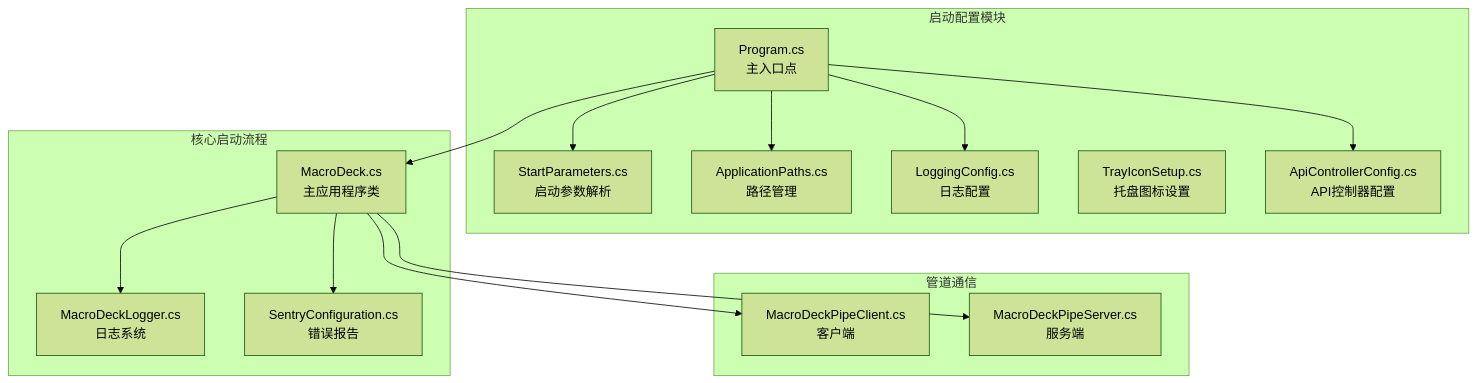
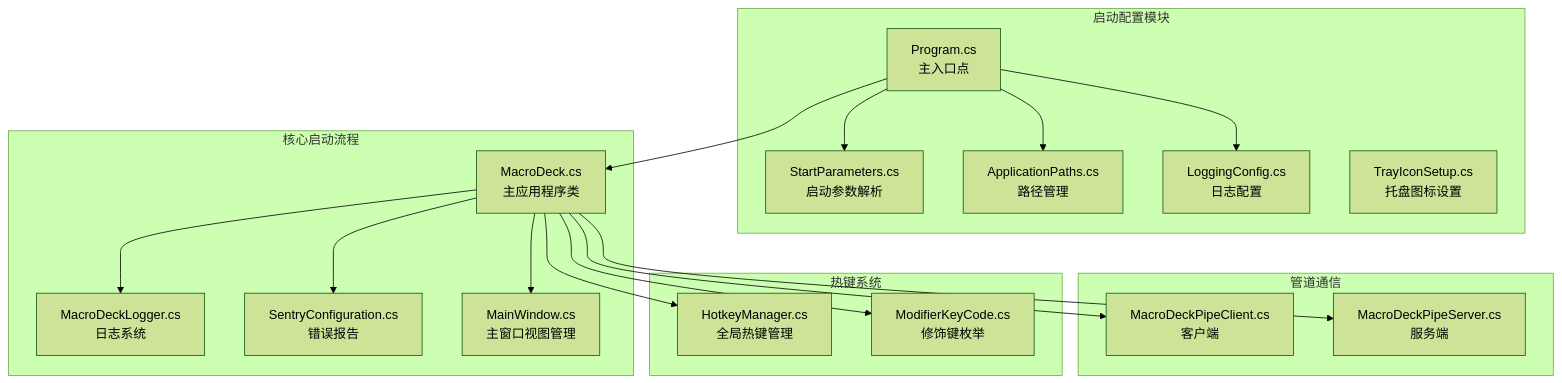
The first of 10 diagrams in .qoder/repowiki/zh/content/配置管理系统/启动配置管理.md (tea4go/Macro-Deck), drawn with Mermaid (forest theme) before and after one commit. The commit also changed other lines of this file and 63 other files, not shown here.

````diff
--- a/.qoder/repowiki/zh/content/配置管理系统/启动配置管理.md
+++ b/.qoder/repowiki/zh/content/配置管理系统/启动配置管理.md
@@ -47,29 +50,35 @@
 ```mermaid
 graph TB
 subgraph "启动配置模块"
 A[Program.cs<br/>主入口点]
 B[StartParameters.cs<br/>启动参数解析]
 C[ApplicationPaths.cs<br/>路径管理]
 D[LoggingConfig.cs<br/>日志配置]
 E[TrayIconSetup.cs<br/>托盘图标设置]
-F[ApiControllerConfig.cs<br/>API控制器配置]
 end
 subgraph "核心启动流程"
-G[MacroDeck.cs<br/>主应用程序类]
-H[MacroDeckLogger.cs<br/>日志系统]
-I[SentryConfiguration.cs<br/>错误报告]
+F[MacroDeck.cs<br/>主应用程序类]
+G[MacroDeckLogger.cs<br/>日志系统]
+H[SentryConfiguration.cs<br/>错误报告]
+I[MainWindow.cs<br/>主窗口视图管理]
 end
 subgraph "管道通信"
 J[MacroDeckPipeClient.cs<br/>客户端]
 K[MacroDeckPipeServer.cs<br/>服务端]
 end
+subgraph "热键系统"
+L[HotkeyManager.cs<br/>全局热键管理]
+M[ModifierKeyCode.cs<br/>修饰键枚举]
+end
 A --> B
 A --> C
 A --> D
 A --> F
-A --> G
-G --> H
-G --> I
-G --> J
-G --> K
+F --> G
+F --> H
+F --> I
+F --> J
+F --> K
+F --> L
+F --> M
 ```
````
